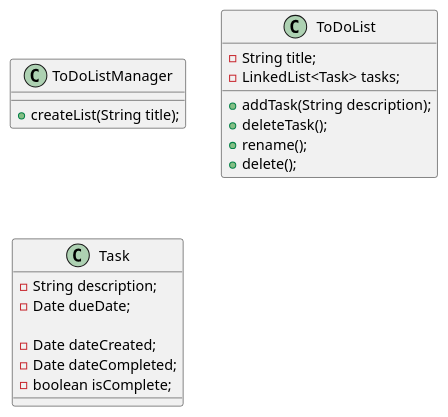
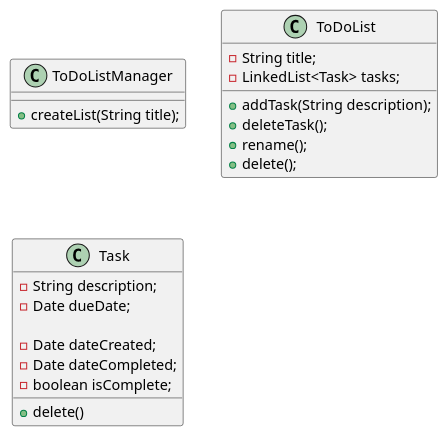
One commit to RyanTheGuyInSpace/hodge-app1-design changed the diagram in docs/ToDoList.puml. Above: the diagram before and after it, drawn with PlantUML. The commit also changed 3 other files, not shown here.

```diff
--- a/docs/ToDoList.puml
+++ b/docs/ToDoList.puml
@@ -1,28 +1,30 @@
 @startuml
 
 class ToDoListManager {
     +createList(String title);
 }
 
 class ToDoList {
     -String title;
     -LinkedList<Task> tasks;
 
     +addTask(String description);
     +deleteTask();
     +rename();
     +delete();
 
 }
 
 class Task {
     -String description;
     -Date dueDate;
     'Format due date as YYYY-MM-DD'
 
     -Date dateCreated;
     -Date dateCompleted;
     -boolean isComplete;
+
+    +delete()
 }
 
 @enduml
```
